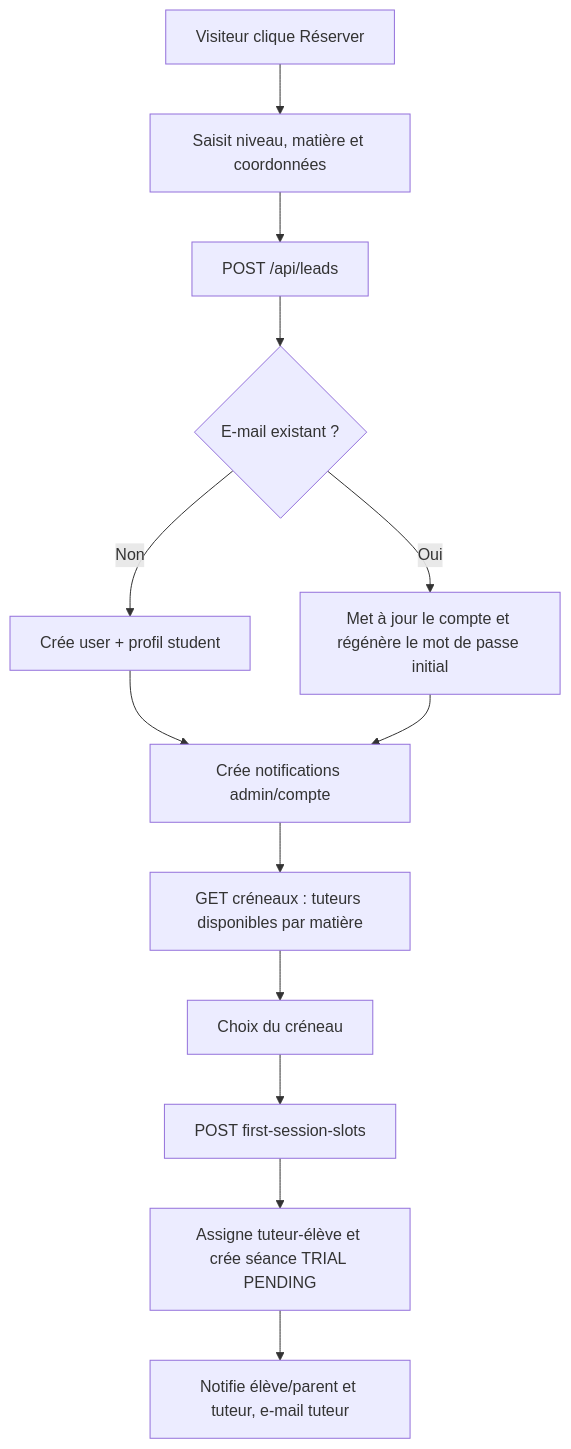
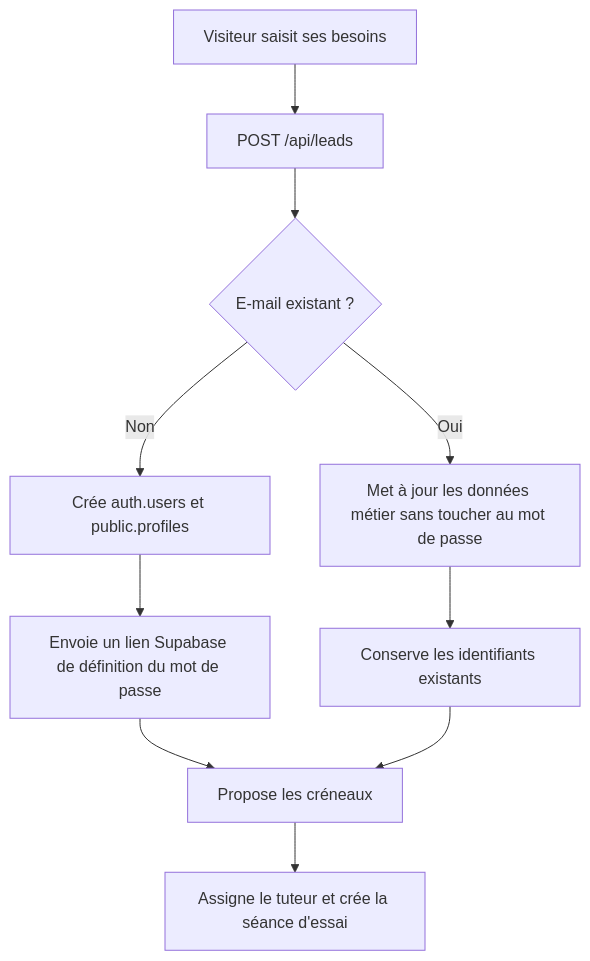
The second of 3 diagrams in docs/workflows/01-onboarding-auth.md (LordVERTON/SIKASCHOOL-website), drawn with Mermaid before and after one commit. The commit also changed other lines of this file and 7 other files, not shown here.

Commit message:
docs(auth): document Supabase Auth migration

````diff
--- a/docs/workflows/01-onboarding-auth.md
+++ b/docs/workflows/01-onboarding-auth.md
@@ -39,15 +47,12 @@
 ```mermaid
 flowchart TD
-  A[Visiteur clique Réserver] --> B[Saisit niveau, matière et coordonnées]
-  B --> C[POST /api/leads]
-  C --> D{E-mail existant ?}
-  D -- Non --> E[Crée user + profil student]
-  D -- Oui --> F[Met à jour le compte et régénère le mot de passe initial]
-  E --> G[Crée notifications admin/compte]
-  F --> G
-  G --> H[GET créneaux : tuteurs disponibles par matière]
-  H --> I[Choix du créneau]
-  I --> J[POST first-session-slots]
-  J --> K[Assigne tuteur-élève et crée séance TRIAL PENDING]
-  K --> L[Notifie élève/parent et tuteur, e-mail tuteur]
+  A[Visiteur saisit ses besoins] --> B[POST /api/leads]
+  B --> C{E-mail existant ?}
+  C -- Non --> D[Crée auth.users et public.profiles]
+  C -- Oui --> E[Met à jour les données métier sans toucher au mot de passe]
+  D --> F[Envoie un lien Supabase de définition du mot de passe]
+  E --> G[Conserve les identifiants existants]
+  F --> H[Propose les créneaux]
+  G --> H
+  H --> I[Assigne le tuteur et crée la séance d'essai]
 ```
````
